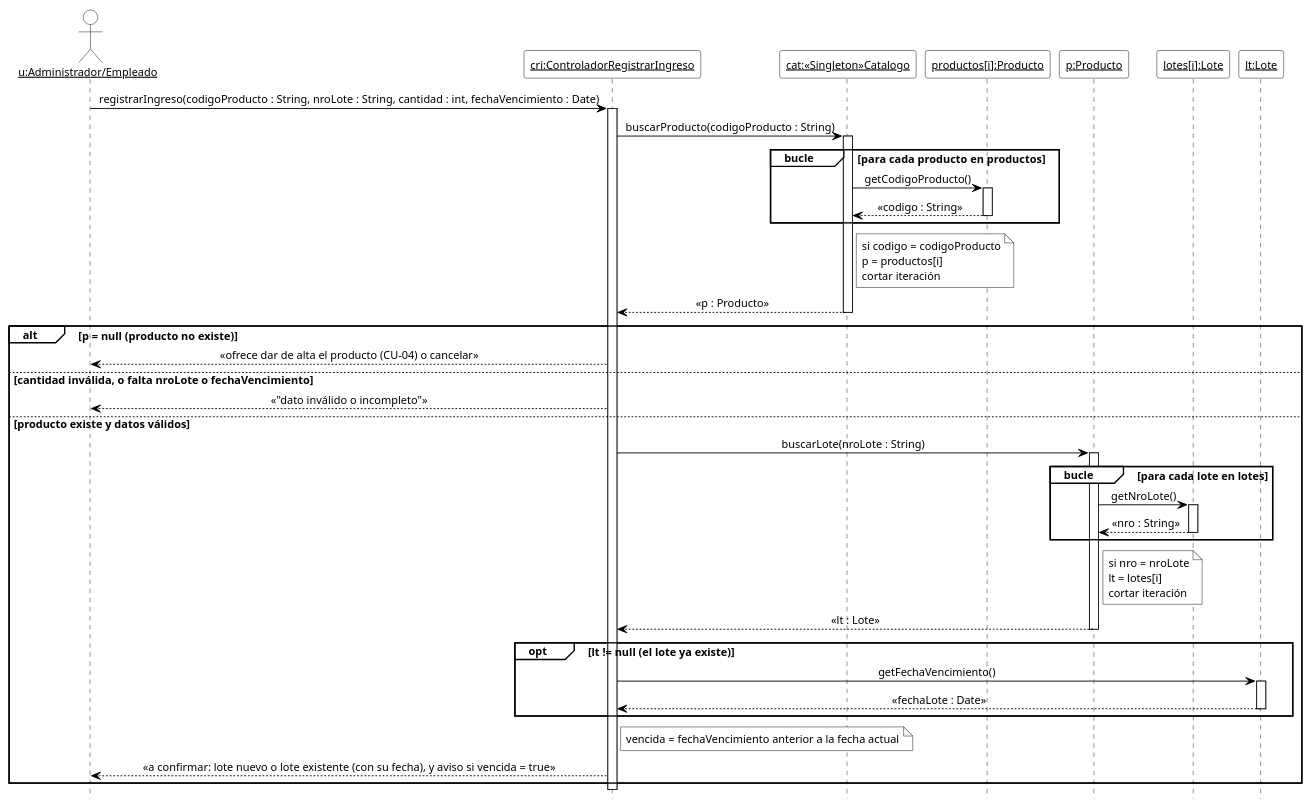
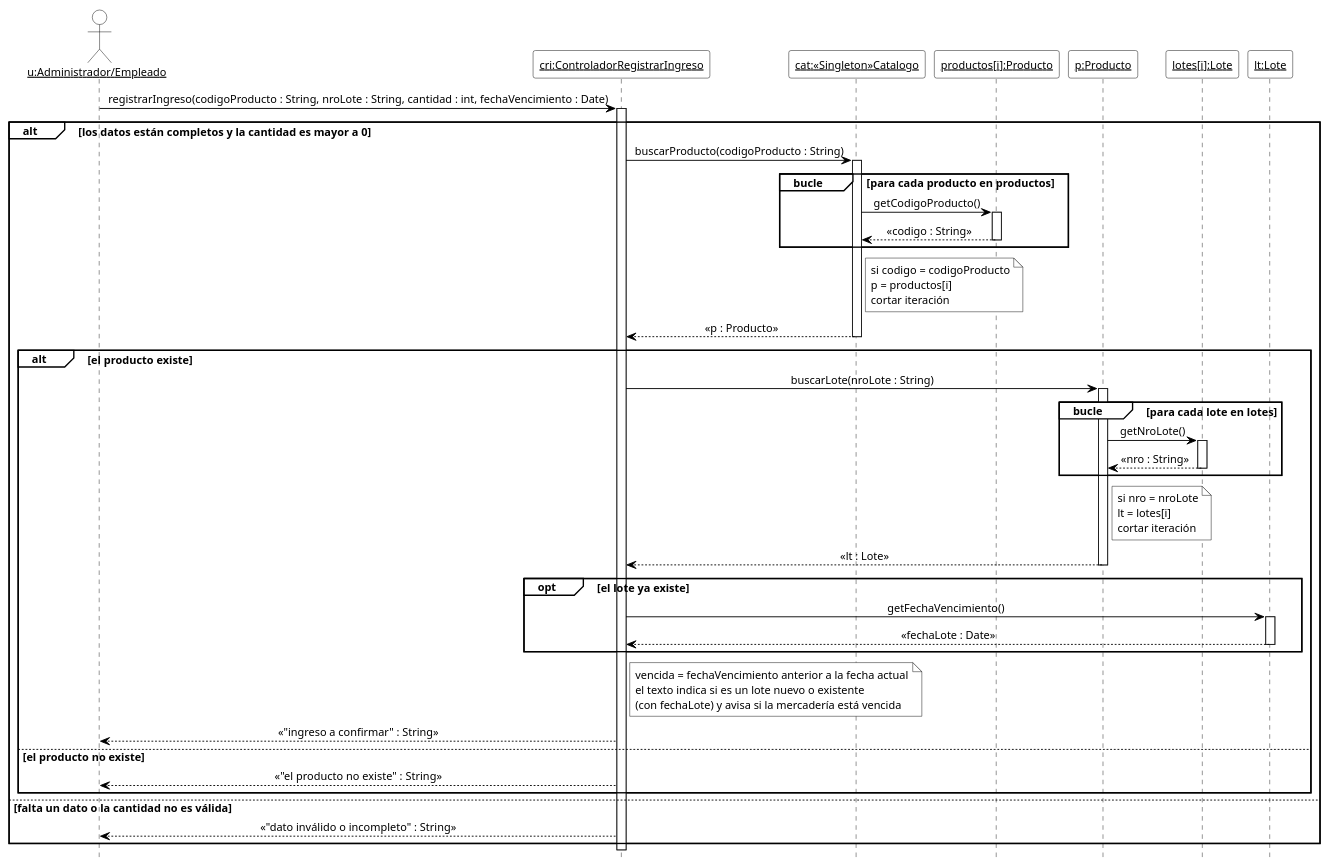
The tenth of 18 diagrams in 08-Diagrama De Secuencia/Diagramas_de_Secuencia.md (cirotop/Stock-Project), drawn with PlantUML before and after one commit. The commit also changed other lines of this file and 22 other files, not shown here.

````diff
--- a/08-Diagrama De Secuencia/Diagramas_de_Secuencia.md
+++ b/08-Diagrama De Secuencia/Diagramas_de_Secuencia.md
@@ -657,71 +656,77 @@
 ```plantuml
 @startuml DSD_CU-05_registrarIngreso
 ' Diagrama de Secuencia de Diseño (DSD) - CU-05 Registrar ingreso de mercadería - registrarIngreso
 ' Estilo de los ejemplos de la teoría (introducirArticulo / crearNuevaVenta).
 hide footbox
 skinparam shadowing false
 skinparam defaultFontName Arial
 skinparam defaultFontSize 12
 skinparam sequenceMessageAlign center
 skinparam ArrowColor black
 skinparam ParticipantBackgroundColor white
 skinparam ParticipantBorderColor black
 skinparam CollectionsBackgroundColor white
 skinparam CollectionsBorderColor black
 skinparam ActorBackgroundColor white
 skinparam ActorBorderColor black
 skinparam LifeLineBorderColor black
 skinparam LifeLineBackgroundColor white
 skinparam SequenceGroupBackgroundColor white
 skinparam SequenceGroupBorderColor black
 skinparam SequenceGroupHeaderFontColor black
 skinparam NoteBackgroundColor white
 skinparam NoteBorderColor black
 
 actor "<u>u:Administrador/Empleado</u>" as u
 participant "<u>cri:ControladorRegistrarIngreso</u>" as cri
 participant "<u>cat:«Singleton»Catalogo</u>" as cat
 participant "<u>productos[i]:Producto</u>" as pi
 participant "<u>p:Producto</u>" as p
 participant "<u>lotes[i]:Lote</u>" as li
 participant "<u>lt:Lote</u>" as lt
 
 u -> cri ++ : registrarIngreso(codigoProducto : String, nroLote : String, cantidad : int, fechaVencimiento : Date)
-cri -> cat ++ : buscarProducto(codigoProducto : String)
-group bucle [para cada producto en productos]
-  cat -> pi ++ : getCodigoProducto()
-  pi --> cat -- : «codigo : String»
-end
-note right of cat
-  si codigo = codigoProducto
-  p = productos[i]
-  cortar iteración
-end note
-cat --> cri -- : «p : Producto»
-alt p = null (producto no existe)
-  cri --> u : «ofrece dar de alta el producto (CU-04) o cancelar»
-else cantidad inválida, o falta nroLote o fechaVencimiento
-  cri --> u : «"dato inválido o incompleto"»
-else producto existe y datos válidos
-  cri -> p ++ : buscarLote(nroLote : String)
-  group bucle [para cada lote en lotes]
-    p -> li ++ : getNroLote()
-    li --> p -- : «nro : String»
+alt los datos están completos y la cantidad es mayor a 0
+  cri -> cat ++ : buscarProducto(codigoProducto : String)
+  group bucle [para cada producto en productos]
+    cat -> pi ++ : getCodigoProducto()
+    pi --> cat -- : «codigo : String»
   end
-  note right of p
-    si nro = nroLote
-    lt = lotes[i]
+  note right of cat
+    si codigo = codigoProducto
+    p = productos[i]
     cortar iteración
   end note
-  p --> cri -- : «lt : Lote»
-  opt lt != null (el lote ya existe)
-    cri -> lt ++ : getFechaVencimiento()
-    lt --> cri -- : «fechaLote : Date»
+  cat --> cri -- : «p : Producto»
+  alt el producto existe
+    cri -> p ++ : buscarLote(nroLote : String)
+    group bucle [para cada lote en lotes]
+      p -> li ++ : getNroLote()
+      li --> p -- : «nro : String»
+    end
+    note right of p
+      si nro = nroLote
+      lt = lotes[i]
+      cortar iteración
+    end note
+    p --> cri -- : «lt : Lote»
+    opt el lote ya existe
+      cri -> lt ++ : getFechaVencimiento()
+      lt --> cri -- : «fechaLote : Date»
+    end
+    note right of cri
+      vencida = fechaVencimiento anterior a la fecha actual
+      el texto indica si es un lote nuevo o existente
+      (con fechaLote) y avisa si la mercadería está vencida
+    end note
+    cri --> u : «"ingreso a confirmar" : String»
+  else el producto no existe
+    cri --> u : «"el producto no existe" : String»
   end
-  note right of cri : vencida = fechaVencimiento anterior a la fecha actual
-  cri --> u : «a confirmar: lote nuevo o lote existente (con su fecha), y aviso si vencida = true»
+else falta un dato o la cantidad no es válida
+  cri --> u : «"dato inválido o incompleto" : String»
 end
 deactivate cri
 
 @enduml
 ```
````
